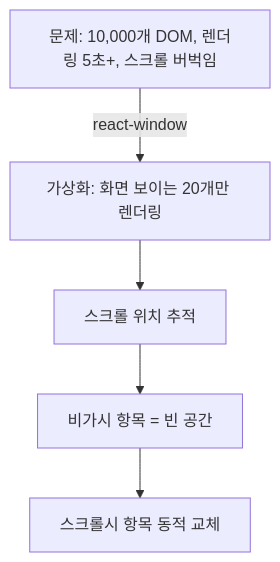
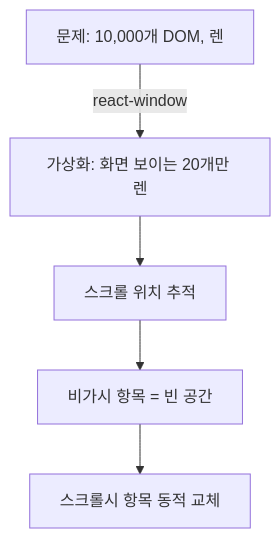
One commit to yjkim2015/yjkim2015.github.io changed the fifth of 5 diagrams in _posts/frontend/2026-05-01-react.md. Above: the diagram before and after it, drawn with Mermaid. The commit also changed other lines of this file and 271 other files, not shown here.

First line of the commit message:
Mermaid 라벨 축소: 긴 노드 텍스트 18자 이하로 트림 + \n 제거

````diff
--- a/_posts/frontend/2026-05-01-react.md
+++ b/_posts/frontend/2026-05-01-react.md
@@ -538,10 +538,10 @@
 ```mermaid
 flowchart TD
-    P["문제: 10,000개 DOM, 렌더링 5초+, 스크롤 버벅임"]
-    S1["가상화: 화면 보이는 20개만 렌더링"]
+    P["문제: 10,000개 DOM, 렌"]
+    S1["가상화: 화면 보이는 20개만 렌"]
     S2["스크롤 위치 추적"]
     S3["비가시 항목 = 빈 공간"]
     S4["스크롤시 항목 동적 교체"]
     P -->|"react-window"| S1
     S1 --> S2 --> S3 --> S4
 ```
````
